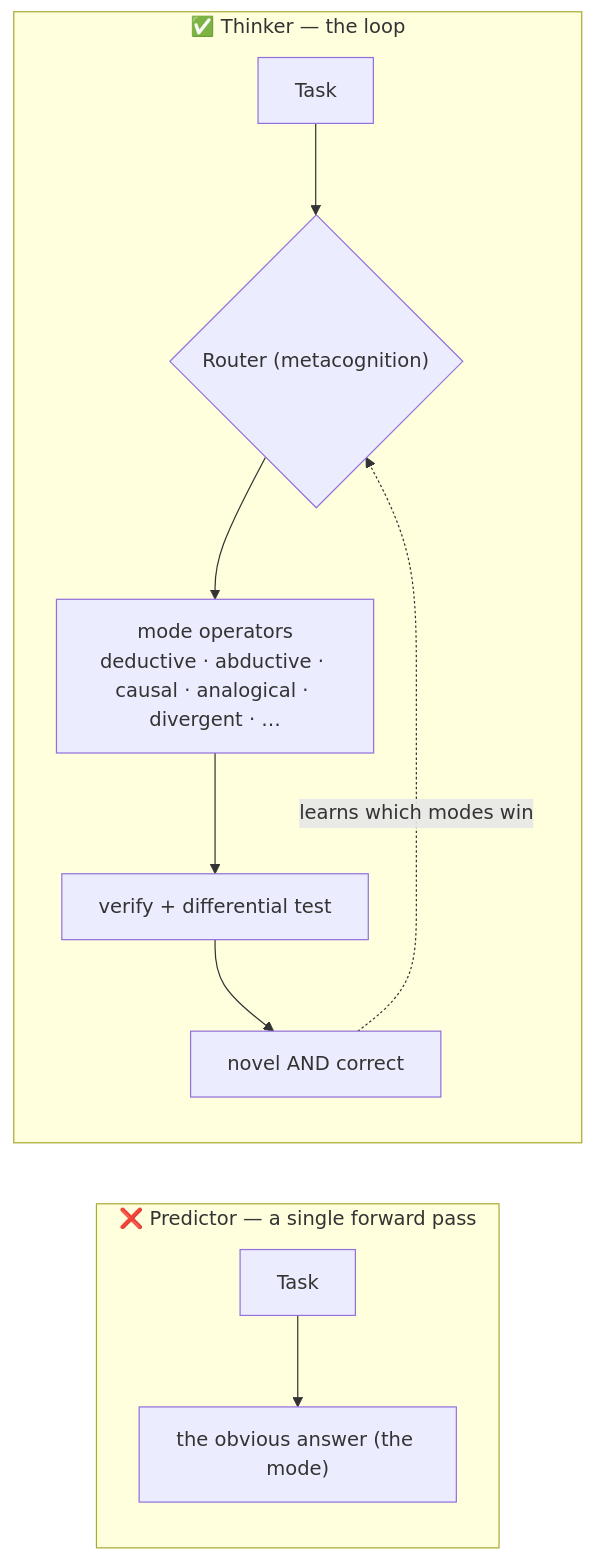
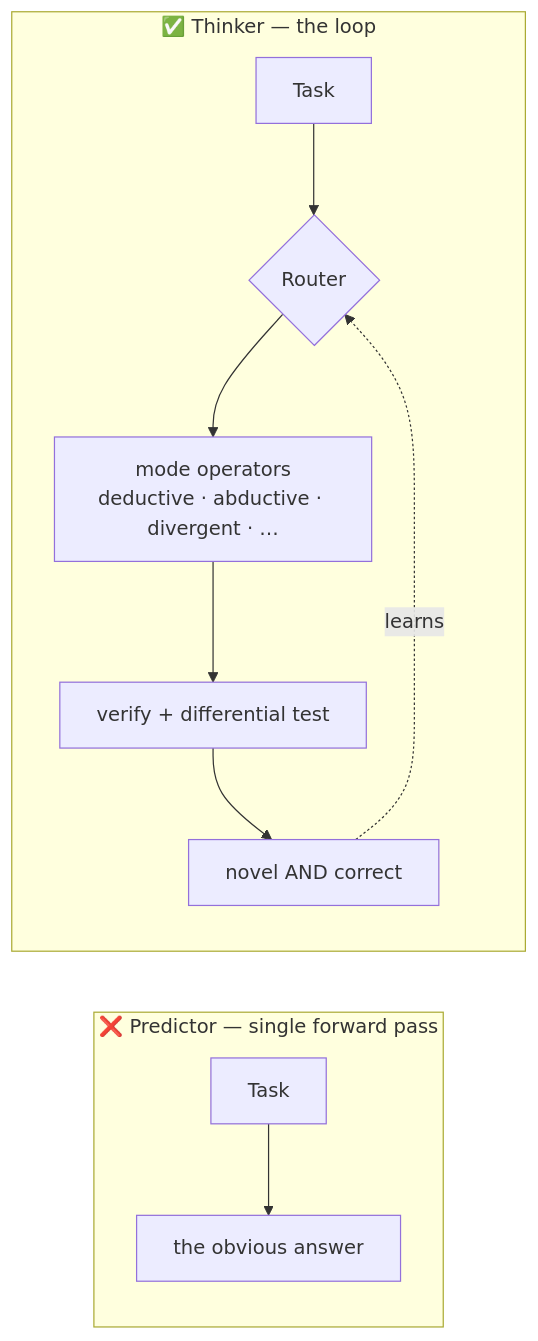
Before and after one commit to SritejBommaraju/divergent-agents: the diagram in README.md, drawn with Mermaid. The commit also changed other lines of this file and 8 other files, not shown here.

````diff
--- a/README.md
+++ b/README.md
@@ -28,13 +20,10 @@
 ```mermaid
 flowchart LR
-    subgraph P["❌ Predictor — a single forward pass"]
-        t1[Task] --> o1["the obvious answer (the mode)"]
+    subgraph P["❌ Predictor — single forward pass"]
+        t1[Task] --> o1["the obvious answer"]
     end
     subgraph T["✅ Thinker — the loop"]
-        t2[Task] --> R{"Router (metacognition)"}
-        R --> M["mode operators<br/>deductive · abductive · causal · analogical · divergent · …"]
-        M --> V["verify + differential test"]
-        V --> out["novel AND correct"]
-        out -. "learns which modes win" .-> R
+        t2[Task] --> R{Router} --> M["mode operators<br/>deductive · abductive · divergent · …"] --> V["verify + differential test"] --> out["novel AND correct"]
+        out -. learns .-> R
     end
 ```
````
